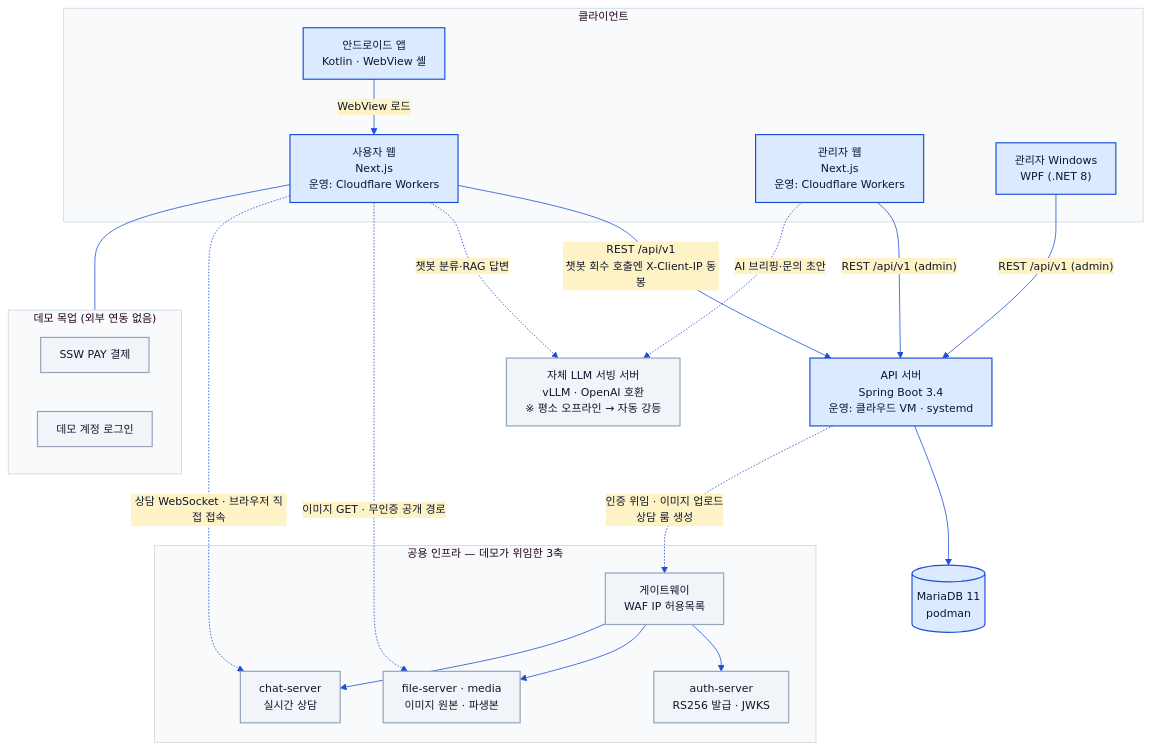
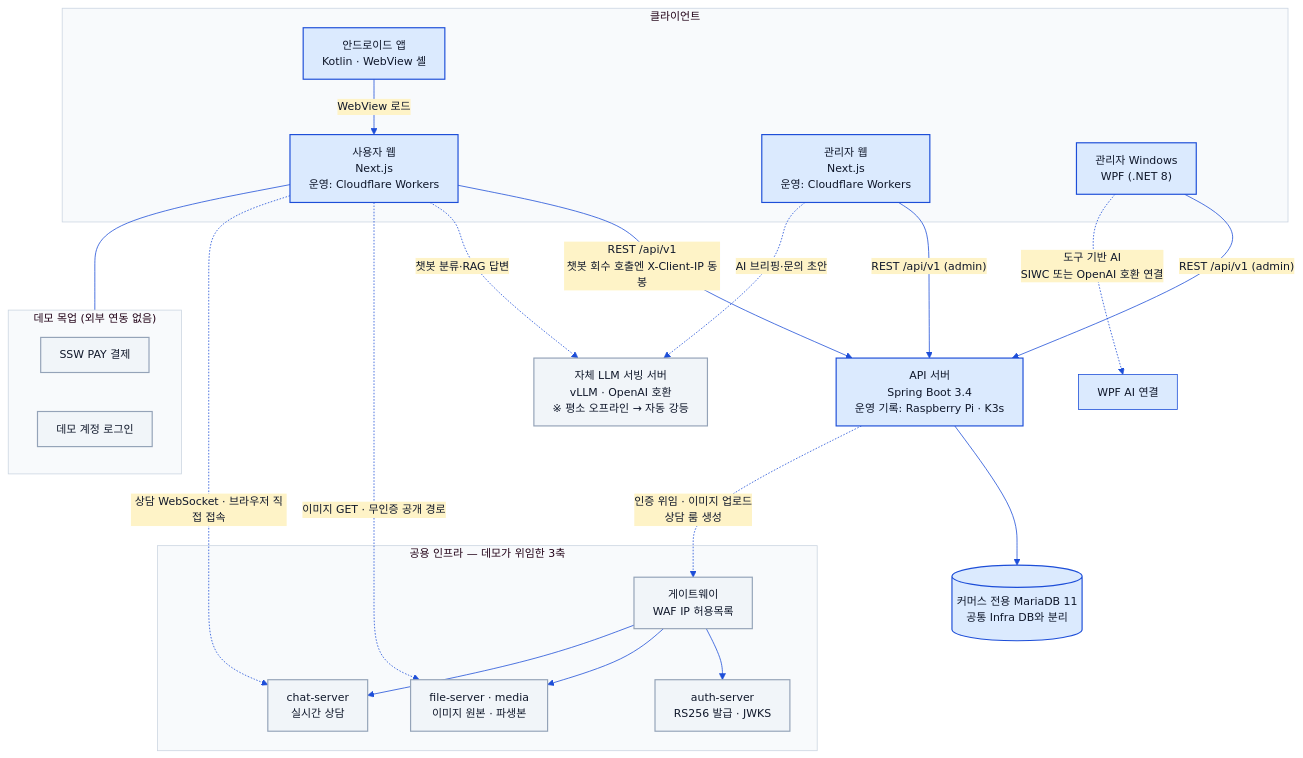
Before and after one commit to s-work-agency/ssw-e-commerce-demo-public: the first of 2 diagrams in docs/architecture/01-system-architecture.md, drawn with Mermaid. The commit also changed other lines of this file and 18 other files, not shown here.

````diff
--- a/docs/architecture/01-system-architecture.md
+++ b/docs/architecture/01-system-architecture.md
@@ -14,49 +17,50 @@
 ```mermaid
 %%{init: {"theme":"base","fontFamily":"Pretendard, Malgun Gothic, sans-serif","themeVariables":{"fontSize":"14px","primaryColor":"#DBEAFE","primaryBorderColor":"#1D4ED8","primaryTextColor":"#0F172A","lineColor":"#1D4ED8","secondaryColor":"#FEF3C7","tertiaryColor":"#DCFCE7","clusterBkg":"#F8FAFC","clusterBorder":"#CBD5E1","noteBkgColor":"#FEF3C7","noteBorderColor":"#D97706","actorBkg":"#DBEAFE","actorBorder":"#1D4ED8","actorTextColor":"#0F172A","signalColor":"#1D4ED8","signalTextColor":"#0F172A","labelBoxBkgColor":"#DBEAFE","labelBoxBorderColor":"#1D4ED8","altSectionBkgColor":"#F8FAFC"},"flowchart":{"curve":"basis","htmlLabels":true,"padding":12}}}%%
 %% 공통 브랜드 테마 — architecture/*.md 전 다이어그램에 동일한 init 블록이 들어간다. 색을 바꿀 때는 이 폴더 전 파일을 일괄 치환할 것.
 graph TB
     subgraph clients["클라이언트"]
         android["안드로이드 앱<br/>Kotlin · WebView 셸"]
         web["사용자 웹<br/>Next.js<br/>운영: Cloudflare Workers"]
         adminweb["관리자 웹<br/>Next.js<br/>운영: Cloudflare Workers"]
         wpf["관리자 Windows<br/>WPF (.NET 8)"]
     end
 
-    server["API 서버<br/>Spring Boot 3.4<br/>운영: 클라우드 VM · systemd"]
-    db[("MariaDB 11<br/>podman")]
+    server["API 서버<br/>Spring Boot 3.4<br/>운영 기록: Raspberry Pi · K3s"]
+    db[("커머스 전용 MariaDB 11<br/>공통 Infra DB와 분리")]
     llm["자체 LLM 서빙 서버<br/>vLLM · OpenAI 호환<br/>※ 평소 오프라인 → 자동 강등"]
 
     subgraph infra["공용 인프라 — 데모가 위임한 3축"]
         gw["게이트웨이<br/>WAF IP 허용목록"]
         auth["auth-server<br/>RS256 발급 · JWKS"]
         file["file-server · media<br/>이미지 원본 · 파생본"]
         chat["chat-server<br/>실시간 상담"]
         gw --> auth
         gw --> file
         gw --> chat
     end
 
     android -->|"WebView 로드"| web
     web -->|"REST /api/v1<br/>챗봇 회수 호출엔 X-Client-IP 동봉"| server
     adminweb -->|"REST /api/v1 (admin)"| server
     wpf -->|"REST /api/v1 (admin)"| server
     server --> db
 
     web -.->|"챗봇 분류·RAG 답변"| llm
     adminweb -.->|"AI 브리핑·문의 초안"| llm
+    wpf -.->|"도구 기반 AI<br/>SIWC 또는 OpenAI 호환 연결"| desktopai["WPF AI 연결"]
 
     server -.->|"인증 위임 · 이미지 업로드<br/>상담 룸 생성"| gw
     web -.->|"이미지 GET · 무인증 공개 경로"| file
     web -.->|"상담 WebSocket · 브라우저 직접 접속"| chat
 
     subgraph mocks["데모 목업 (외부 연동 없음)"]
         pay["SSW PAY 결제"]
         login["데모 계정 로그인"]
     end
     web --- mocks
 
     classDef step fill:#DBEAFE,stroke:#1D4ED8,stroke-width:1.5px,color:#0F172A
     classDef ext fill:#F1F5F9,stroke:#94A3B8,stroke-width:1.5px,color:#0F172A
     class android,web,adminweb,wpf,server,db step
     class gw,auth,file,chat,llm,pay,login ext
 ```
````
